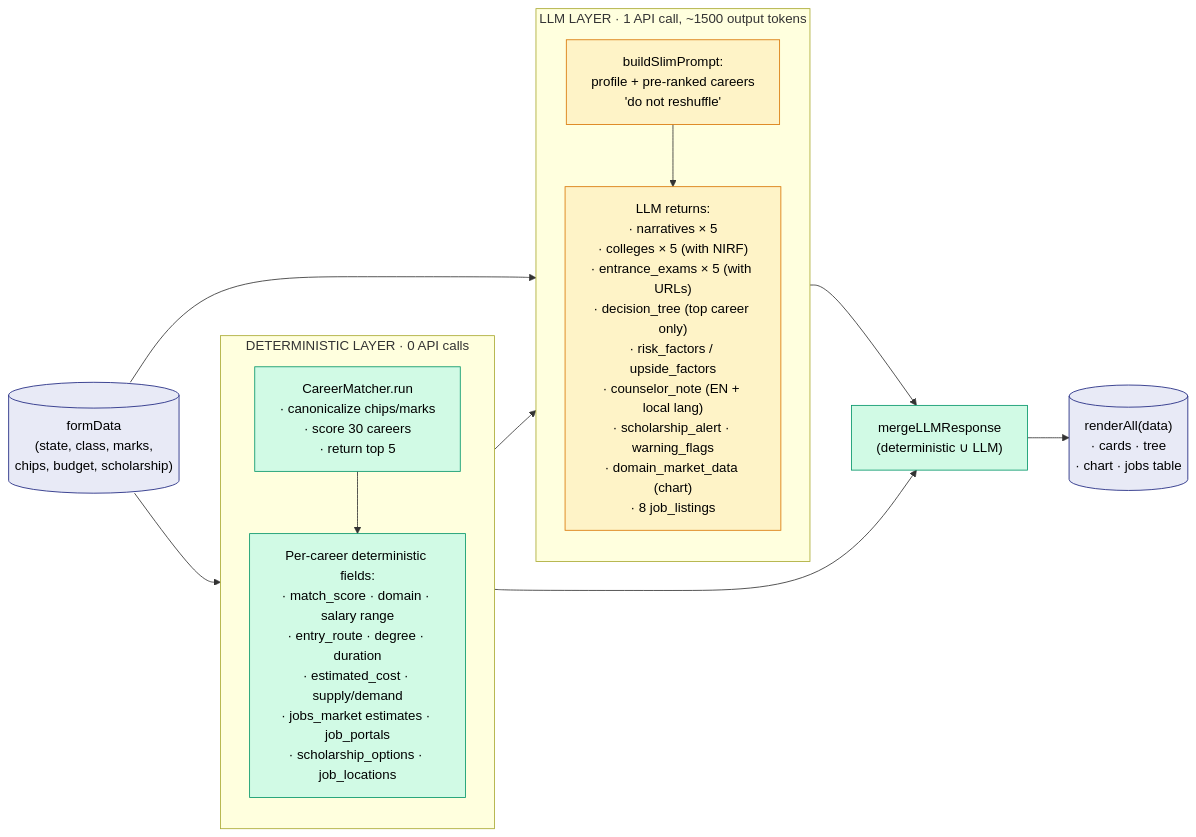
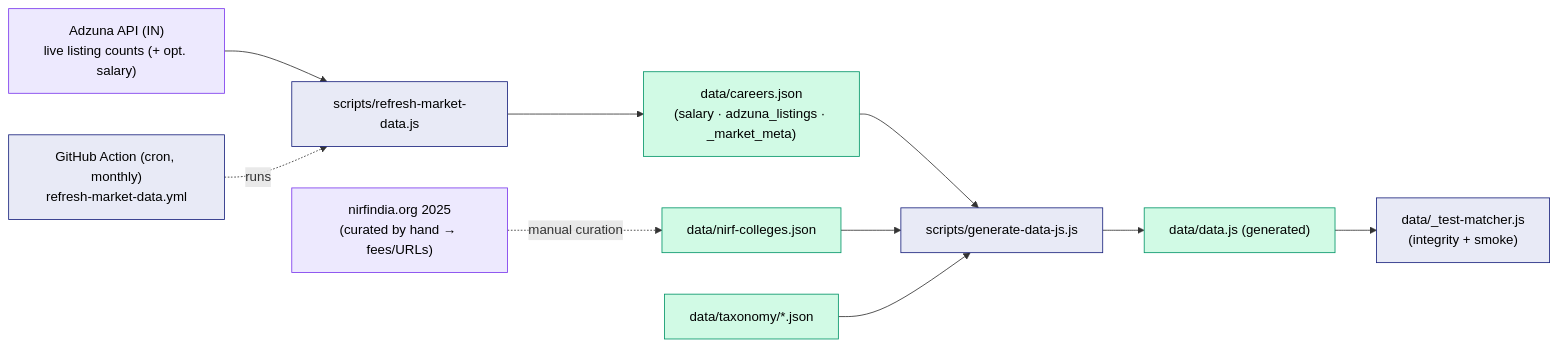
Before and after one commit to seenu037/Career-Disha: the third of 4 diagrams in ARCHITECTURE.md, drawn with Mermaid. The commit also changed other lines of this file and 7 other files, not shown here.

First line of the commit message:
Expand interests/careers, add govt+private job sections, previous-class marks, budget feasibility & fixes

````diff
--- a/ARCHITECTURE.md
+++ b/ARCHITECTURE.md
@@ -83,32 +102,25 @@
 ```mermaid
 flowchart LR
-  classDef det fill:#D1FAE5,stroke:#059669,color:#000
-  classDef llm fill:#FEF3C7,stroke:#D97706,color:#000
-  classDef ui fill:#E8EAF6,stroke:#1A237E,color:#000
+  classDef data fill:#D1FAE5,stroke:#059669,color:#000
+  classDef remote fill:#EDE9FE,stroke:#7C3AED,color:#000
+  classDef proj fill:#E8EAF6,stroke:#1A237E,color:#000
 
-  Form[("formData<br/>(state, class, marks,<br/>chips, budget, scholarship)")]:::ui
+  Adzuna["Adzuna API (IN)<br/>live listing counts (+ opt. salary)"]:::remote
+  NIRF["nirfindia.org 2025<br/>(curated by hand → fees/URLs)"]:::remote
 
-  subgraph Deterministic["DETERMINISTIC LAYER · 0 API calls"]
-    direction TB
-    Matcher["CareerMatcher.run<br/>· canonicalize chips/marks<br/>· score 30 careers<br/>· return top 5"]:::det
-    DetFields["Per-career deterministic fields:<br/>· match_score · domain · salary range<br/>· entry_route · degree · duration<br/>· estimated_cost · supply/demand<br/>· jobs_market estimates · job_portals<br/>· scholarship_options · job_locations"]:::det
-  end
+  Refresh["scripts/refresh-market-data.js"]:::proj
+  Careers["data/careers.json<br/>(salary · adzuna_listings · _market_meta)"]:::data
+  NIRFJSON["data/nirf-colleges.json"]:::data
+  Gen["scripts/generate-data-js.js"]:::proj
+  DataJS["data/data.js (generated)"]:::data
+  Test["data/_test-matcher.js<br/>(integrity + smoke)"]:::proj
 
-  subgraph LLMLayer["LLM LAYER · 1 API call, ~1500 output tokens"]
-    direction TB
-    SlimPrompt["buildSlimPrompt:<br/>profile + pre-ranked careers<br/>'do not reshuffle'"]:::llm
-    Output["LLM returns:<br/>· narratives × 5<br/>· colleges × 5 (with NIRF)<br/>· entrance_exams × 5 (with URLs)<br/>· decision_tree (top career only)<br/>· risk_factors / upside_factors<br/>· counselor_note (EN + local lang)<br/>· scholarship_alert · warning_flags<br/>· domain_market_data (chart)<br/>· 8 job_listings"]:::llm
-  end
+  Adzuna --> Refresh --> Careers
+  NIRF -.->|manual curation| NIRFJSON
+  Careers --> Gen
+  NIRFJSON --> Gen
+  Tax["data/taxonomy/*.json"]:::data --> Gen
+  Gen --> DataJS --> Test
 
-  Merge["mergeLLMResponse<br/>(deterministic ∪ LLM)"]:::det
-  RenderAll[("renderAll(data)<br/>· cards · tree<br/>· chart · jobs table")]:::ui
-
-  Form --> Matcher
-  Matcher --> DetFields
-  Matcher --> SlimPrompt
-  Form --> SlimPrompt
-  SlimPrompt --> Output
-  DetFields --> Merge
-  Output --> Merge
-  Merge --> RenderAll
+  GHA["GitHub Action (cron, monthly)<br/>refresh-market-data.yml"]:::proj -.->|runs| Refresh
 ```
````
